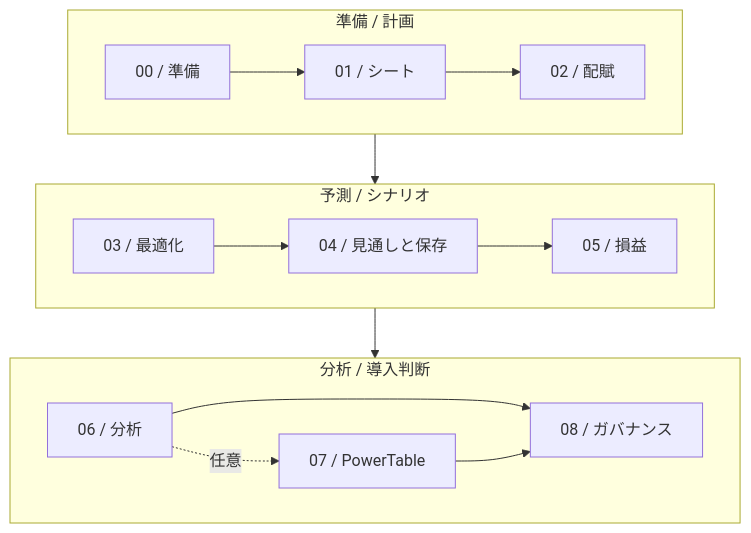
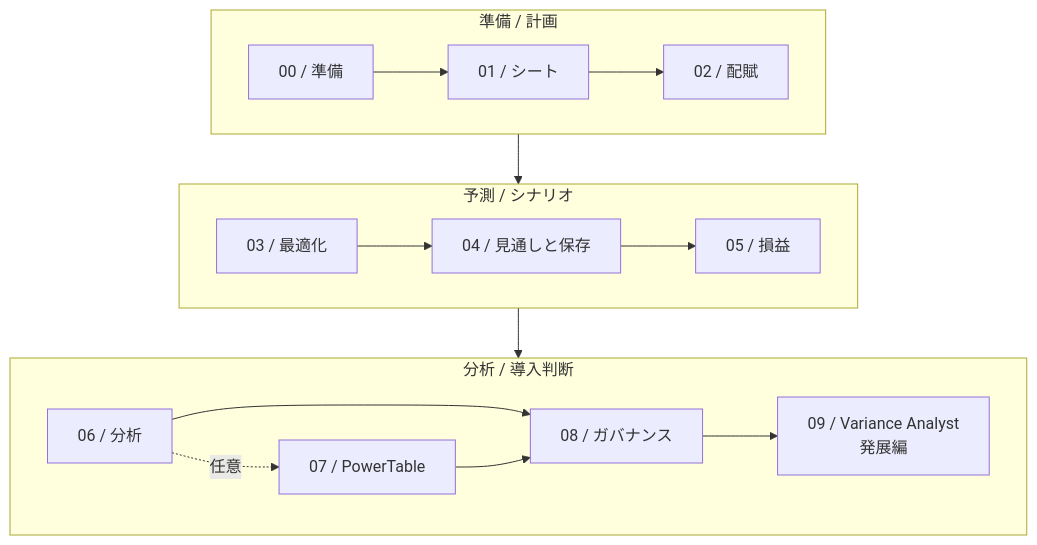
Before and after one commit to yang-jiayi/FabricPlanWorkshop: the second of 2 diagrams in README.md, drawn with Mermaid. The commit also changed other lines of this file and 14 other files, not shown here.

First line of the commit message:
Add Lab09 Plan variance analyst workshop

````diff
--- a/README.md
+++ b/README.md
@@ -140,17 +149,17 @@
 ```mermaid
 flowchart TD
     subgraph A["準備 / 計画"]
         direction LR
         L00["00 / 準備"] --> L01["01 / シート"] --> L02["02 / 配賦"]
     end
     subgraph B["予測 / シナリオ"]
         direction LR
         L03["03 / 最適化"] --> L04["04 / 見通しと保存"] --> L05["05 / 損益"]
     end
     subgraph C["分析 / 導入判断"]
         direction LR
-        L06["06 / 分析"] --> L08["08 / ガバナンス"]
+        L06["06 / 分析"] --> L08["08 / ガバナンス"] --> L09["09 / Variance Analyst<br/>発展編"]
         L06 -. 任意 .-> L07["07 / PowerTable"] --> L08
     end
     A --> B --> C
 ```
````
